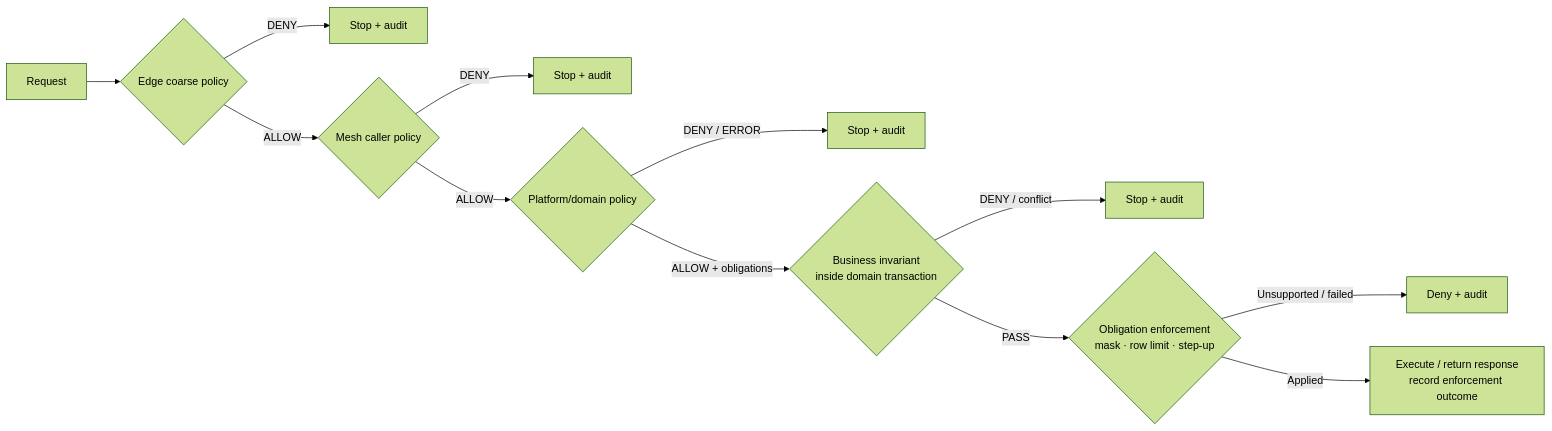
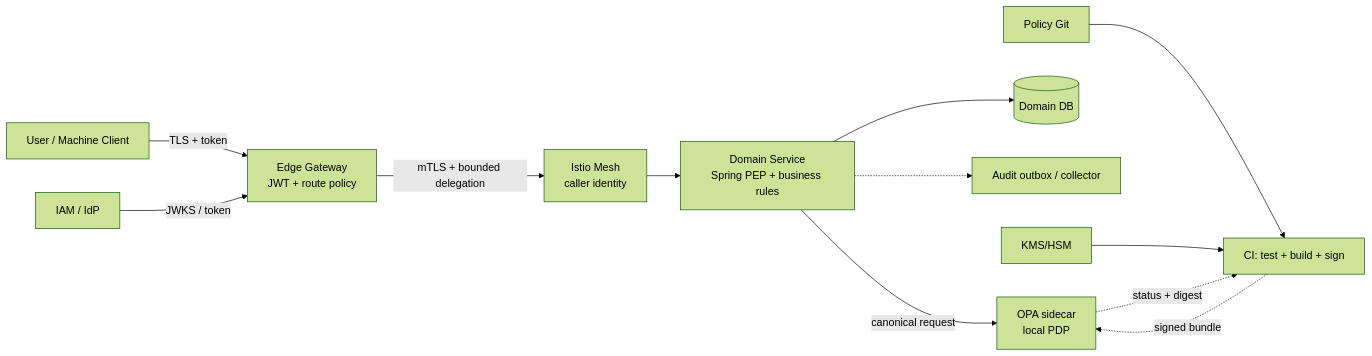
Before and after one commit to huynv-xyz/vhm: the second of 9 diagrams in zero-trust.md, drawn with Mermaid (forest theme). The commit also changed other lines of this file, not shown here.

````diff
--- a/zero-trust.md
+++ b/zero-trust.md
@@ -411,14 +376,15 @@
 ```mermaid
 flowchart LR
-    R[Request] --> E{Edge coarse policy}
-    E -->|DENY| D1[Stop + audit]
-    E -->|ALLOW| M{Mesh caller policy}
-    M -->|DENY| D2[Stop + audit]
-    M -->|ALLOW| P{Platform/domain policy}
-    P -->|DENY / ERROR| D3[Stop + audit]
-    P -->|ALLOW + obligations| B{Business invariant<br/>inside domain transaction}
-    B -->|DENY / conflict| D4[Stop + audit]
-    B -->|PASS| O{Obligation enforcement<br/>mask · row limit · step-up}
-    O -->|Unsupported / failed| D5[Deny + audit]
-    O -->|Applied| A[Execute / return response<br/>record enforcement outcome]
+    U[User / Machine Client] -->|TLS + token| E[Edge Gateway<br/>JWT + route policy]
+    I[IAM / IdP] -->|JWKS / token| E
+    E -->|mTLS + bounded delegation| M[Istio Mesh<br/>caller identity]
+    M --> S[Domain Service<br/>Spring PEP + business rules]
+    S -->|canonical request| P[OPA sidecar<br/>local PDP]
+    S --> D[(Domain DB)]
+    S -.-> A[Audit outbox / collector]
+
+    G[Policy Git] --> C[CI: test + build + sign]
+    K[KMS/HSM] --> C
+    C -.->|signed bundle| P
+    P -.->|status + digest| C
 ```
````
